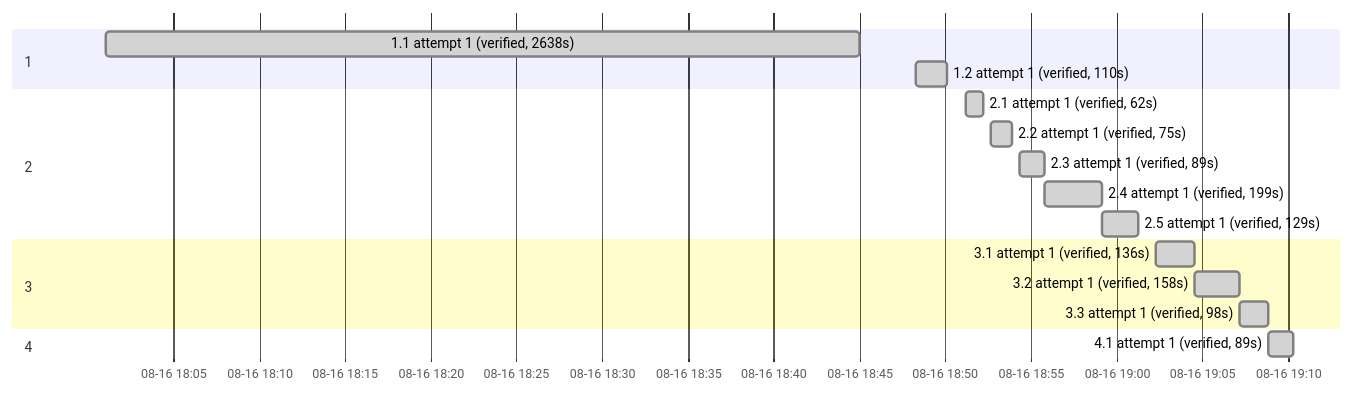
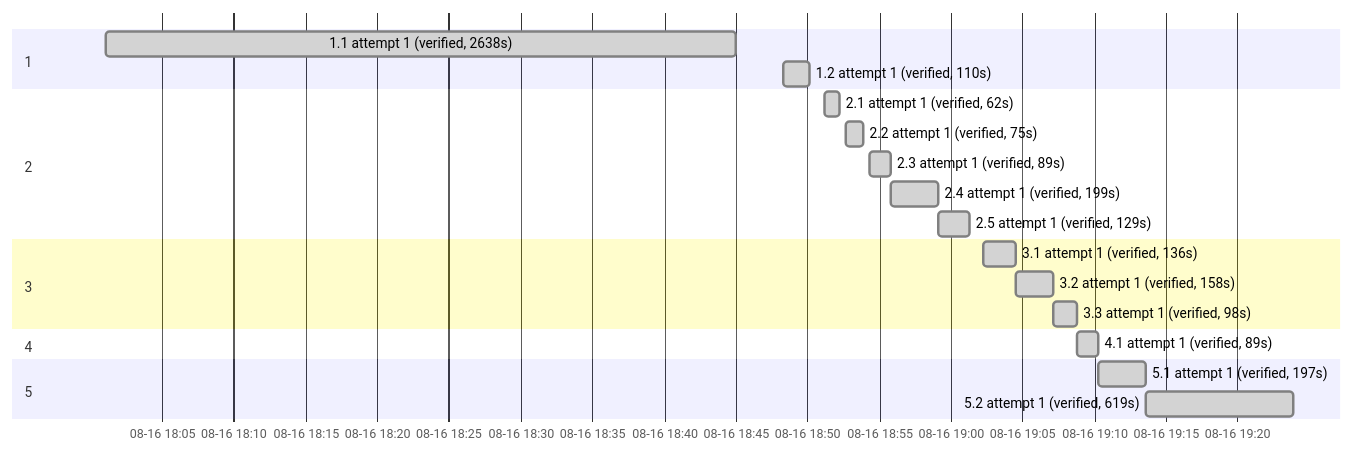
The second of 2 diagrams in .specs/preact-frontend/05_execution.md (sohampatwardhan/MoodLightPi), drawn with Mermaid before and after one commit. The commit also changed other lines of this file and 11 other files, not shown here.

````diff
--- a/.specs/preact-frontend/05_execution.md
+++ b/.specs/preact-frontend/05_execution.md
@@ -170,20 +187,23 @@
 ```mermaid
 gantt
     dateFormat YYYY-MM-DDTHH:mm:ss
     axisFormat %m-%d %H:%M
     section 1
     1.1 attempt 1 (verified, 2638s) :done, b_1_1_attempt1, 2026-08-16T18:01:04, 2026-08-16T18:45:02
     1.2 attempt 1 (verified, 110s) :done, b_1_2_attempt1, 2026-08-16T18:48:17, 2026-08-16T18:50:07
     section 2
     2.1 attempt 1 (verified, 62s) :done, b_2_1_attempt1, 2026-08-16T18:51:11, 2026-08-16T18:52:13
     2.2 attempt 1 (verified, 75s) :done, b_2_2_attempt1, 2026-08-16T18:52:39, 2026-08-16T18:53:54
     2.3 attempt 1 (verified, 89s) :done, b_2_3_attempt1, 2026-08-16T18:54:20, 2026-08-16T18:55:49
     2.4 attempt 1 (verified, 199s) :done, b_2_4_attempt1, 2026-08-16T18:55:49, 2026-08-16T18:59:08
     2.5 attempt 1 (verified, 129s) :done, b_2_5_attempt1, 2026-08-16T18:59:08, 2026-08-16T19:01:17
     section 3
     3.1 attempt 1 (verified, 136s) :done, b_3_1_attempt1, 2026-08-16T19:02:17, 2026-08-16T19:04:33
     3.2 attempt 1 (verified, 158s) :done, b_3_2_attempt1, 2026-08-16T19:04:33, 2026-08-16T19:07:11
     3.3 attempt 1 (verified, 98s) :done, b_3_3_attempt1, 2026-08-16T19:07:11, 2026-08-16T19:08:49
     section 4
     4.1 attempt 1 (verified, 89s) :done, b_4_1_attempt1, 2026-08-16T19:08:49, 2026-08-16T19:10:18
+    section 5
+    5.1 attempt 1 (verified, 197s) :done, b_5_1_attempt1, 2026-08-16T19:10:18, 2026-08-16T19:13:35
+    5.2 attempt 1 (verified, 619s) :done, b_5_2_attempt1, 2026-08-16T19:13:35, 2026-08-16T19:23:54
 ```
````
